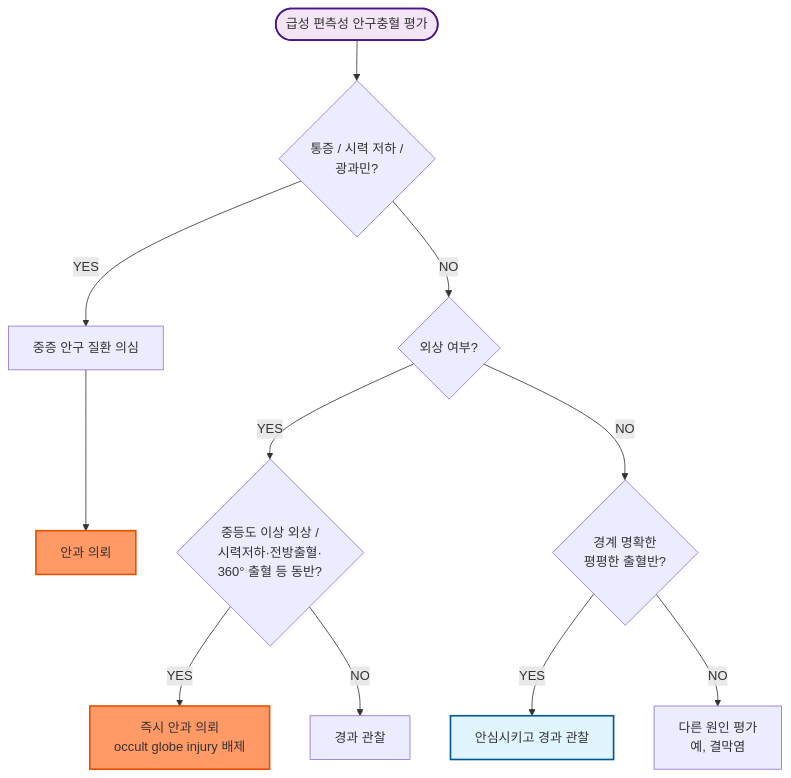
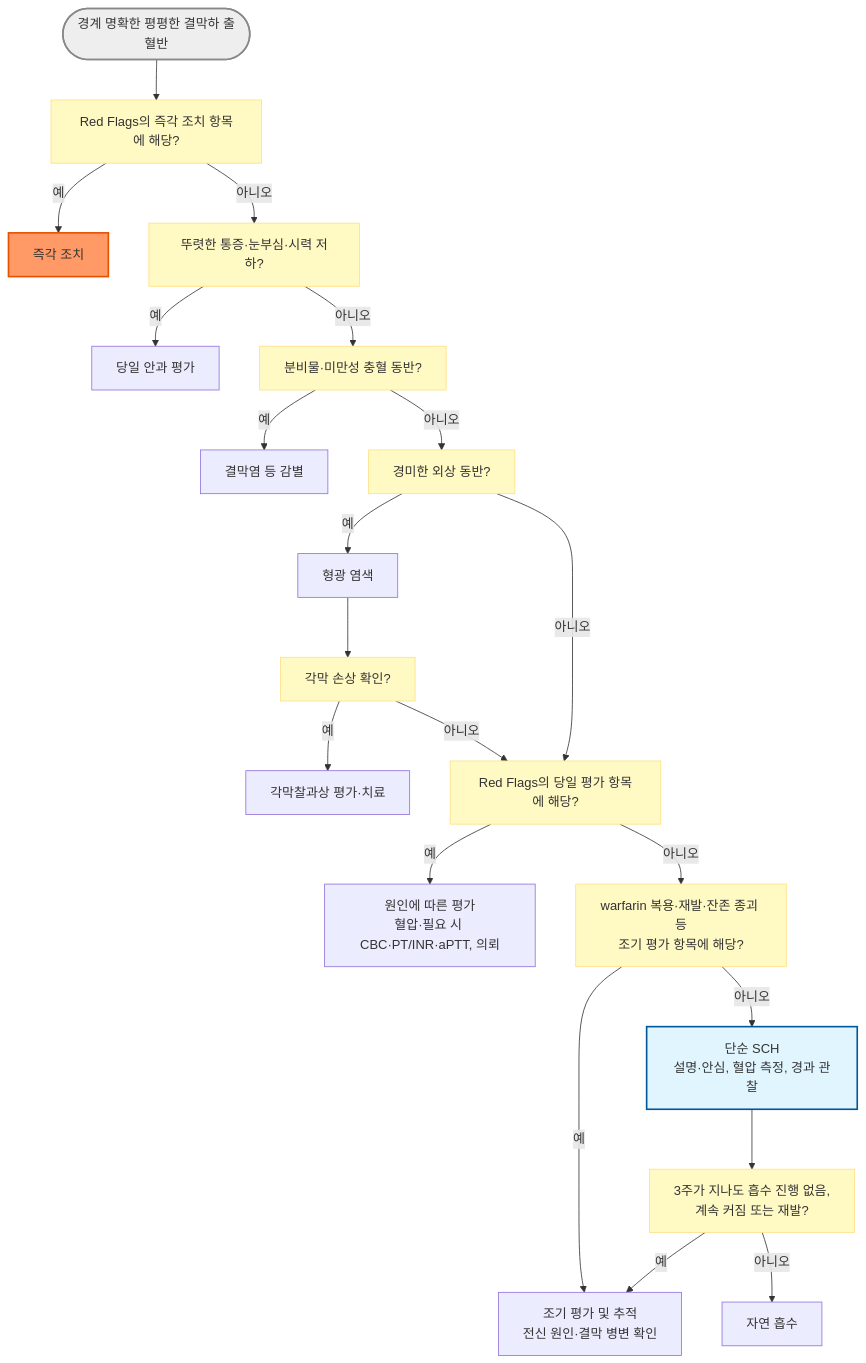
One commit to familyoh77/familyoh77 changed the diagram in 222_/044_-subconjunctival-hemorrhage.md. Above: the diagram before and after it, drawn with Mermaid. The commit also changed other lines of this file, not shown here.

````diff
--- a/222_/044_-subconjunctival-hemorrhage.md
+++ b/222_/044_-subconjunctival-hemorrhage.md
@@ -71,24 +83,34 @@
 ```mermaid
 graph TD
-    Start([급성 편측성 안구충혈 평가]) --> CheckSymptoms{통증 / 시력 저하 /<br/>광과민?}
-    
-    CheckSymptoms -- YES --> Serious[중증 안구 질환 의심]
-    Serious --> Refer1[안과 의뢰]
-    
-    CheckSymptoms -- NO --> CheckTrauma{외상 여부?}
-    
-    CheckTrauma -- YES --> CheckSevere{중등도 이상 외상 /<br/>시력저하·전방출혈·<br/>360° 출혈 등 동반?}
-    
-    CheckSevere -- YES --> Refer2[즉시 안과 의뢰<br/>occult globe injury 배제]
-    CheckSevere -- NO --> Observe1[경과 관찰]
-    
-    CheckTrauma -- NO --> CheckAppearance{경계 명확한<br/>평평한 출혈반?}
-    
-    CheckAppearance -- YES --> Action[안심시키고 경과 관찰]
-    CheckAppearance -- NO --> Other[다른 원인 평가<br/>예, 결막염]
+    Start(["경계 명확한 평평한 결막하 출혈반"]) --> Q1["Red Flags의 즉각 조치 항목에 해당?"]
+    Q1 -- 예 --> R1["즉각 조치"]
+    Q1 -- 아니오 --> Q2["뚜렷한 통증·눈부심·시력 저하?"]
+    Q2 -- 예 --> R4["당일 안과 평가"]
+    Q2 -- 아니오 --> Q2b["분비물·미만성 충혈 동반?"]
+    Q2b -- 예 --> D1["결막염 등 감별"]
+    Q2b -- 아니오 --> Q3["경미한 외상 동반?"]
+    Q3 -- 예 --> F1["형광 염색"]
+    F1 --> QF["각막 손상 확인?"]
+    QF -- 예 --> C1["각막찰과상 평가·치료"]
+    QF -- 아니오 --> Q4["Red Flags의 당일 평가 항목에 해당?"]
+    Q3 -- 아니오 --> Q4
+    Q4 -- 예 --> R2["원인에 따른 평가<br/>혈압·필요 시 CBC·PT/INR·aPTT, 의뢰"]
+    Q4 -- 아니오 --> Q4b["warfarin 복용·재발·잔존 종괴 등<br/>조기 평가 항목에 해당?"]
+    Q4b -- 예 --> R3["조기 평가 및 추적<br/>전신 원인·결막 병변 확인"]
+    Q4b -- 아니오 --> M1["단순 SCH<br/>설명·안심, 혈압 측정, 경과 관찰"]
+    M1 --> Q5["3주가 지나도 흡수 진행 없음,<br/>계속 커짐 또는 재발?"]
+    Q5 -- 예 --> R3
+    Q5 -- 아니오 --> E1["자연 흡수"]
 
-    style Refer1 fill:#f96,stroke:#e65100,stroke-width:2px
-    style Refer2 fill:#f96,stroke:#e65100,stroke-width:2px
-    style Action fill:#e1f5fe,stroke:#01579b,stroke-width:2px
-    style Start fill:#f3e5f5,stroke:#4a148c,stroke-width:2px
+    style Start fill:#eeeeee,stroke:#888888,stroke-width:2px
+    style Q1 fill:#fff9c4,stroke:#ffe082
+    style Q2 fill:#fff9c4,stroke:#ffe082
+    style Q2b fill:#fff9c4,stroke:#ffe082
+    style Q3 fill:#fff9c4,stroke:#ffe082
+    style QF fill:#fff9c4,stroke:#ffe082
+    style Q4 fill:#fff9c4,stroke:#ffe082
+    style Q4b fill:#fff9c4,stroke:#ffe082
+    style Q5 fill:#fff9c4,stroke:#ffe082
+    style R1 fill:#f96,stroke:#e65100,stroke-width:2px
+    style M1 fill:#e1f5fe,stroke:#01579b,stroke-width:2px
 ```
````
